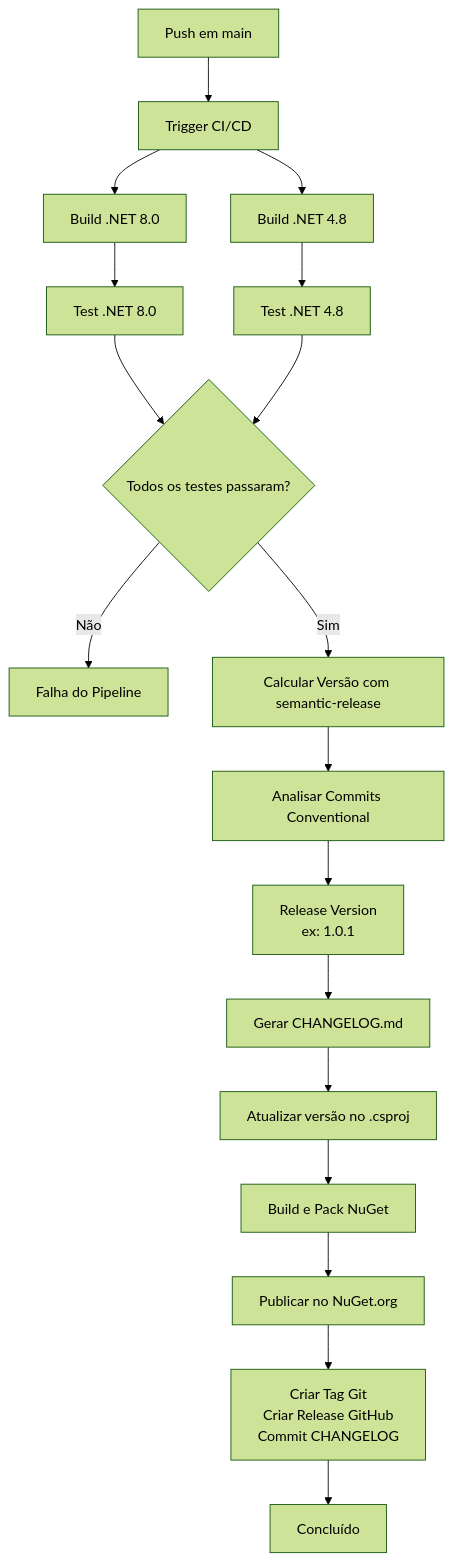
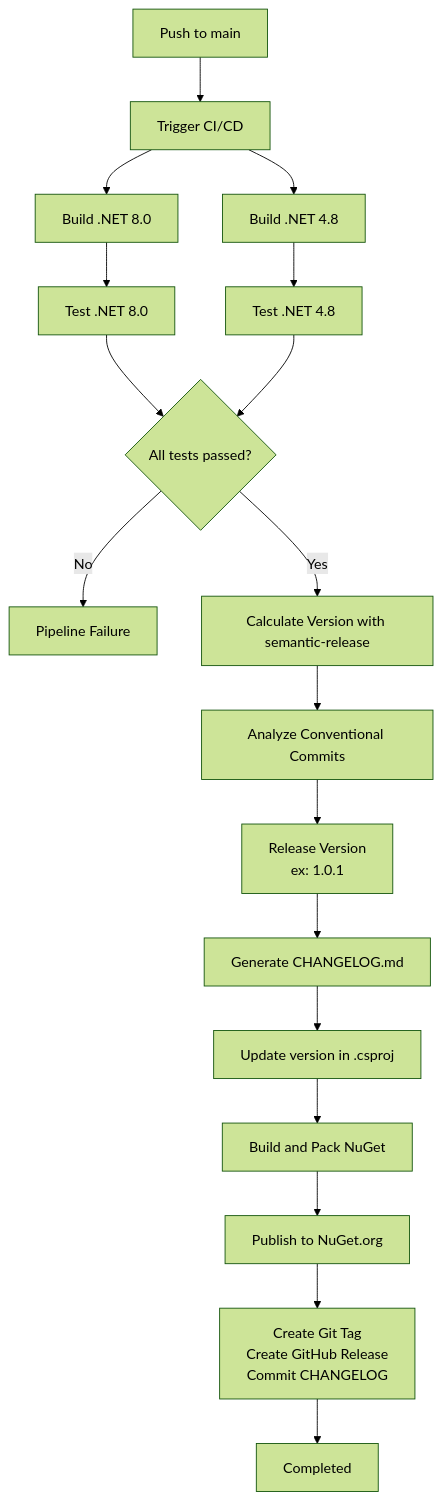
Before and after one commit to whitebeardit/traceability: the second of 2 diagrams in docs/development/ci-cd.md, drawn with Mermaid (forest theme). The commit also changed other lines of this file and 36 other files, not shown here.

````diff
--- a/docs/development/ci-cd.md
+++ b/docs/development/ci-cd.md
@@ -39,20 +39,20 @@
 ```mermaid
 flowchart TD
-    A[Push em main] --> B[Trigger CI/CD]
+    A[Push to main] --> B[Trigger CI/CD]
     B --> C[Build .NET 8.0]
     B --> D[Build .NET 4.8]
     C --> E[Test .NET 8.0]
     D --> F[Test .NET 4.8]
-    E --> G{Todos os testes passaram?}
+    E --> G{All tests passed?}
     F --> G
-    G -->|Não| H[Falha do Pipeline]
-    G -->|Sim| I[Calcular Versão com semantic-release]
-    I --> J[Analisar Commits Conventional]
+    G -->|No| H[Pipeline Failure]
+    G -->|Yes| I[Calculate Version with semantic-release]
+    I --> J[Analyze Conventional Commits]
     J --> K[Release Version<br/>ex: 1.0.1]
-    K --> L[Gerar CHANGELOG.md]
-    L --> M[Atualizar versão no .csproj]
-    M --> N[Build e Pack NuGet]
-    N --> O[Publicar no NuGet.org]
-    O --> P[Criar Tag Git<br/>Criar Release GitHub<br/>Commit CHANGELOG]
-    P --> Q[Concluído]
+    K --> L[Generate CHANGELOG.md]
+    L --> M[Update version in .csproj]
+    M --> N[Build and Pack NuGet]
+    N --> O[Publish to NuGet.org]
+    O --> P[Create Git Tag<br/>Create GitHub Release<br/>Commit CHANGELOG]
+    P --> Q[Completed]
 ```
````
